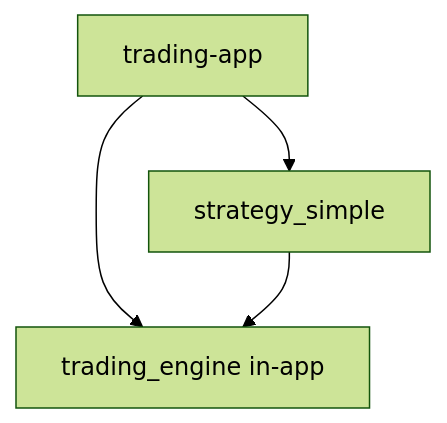
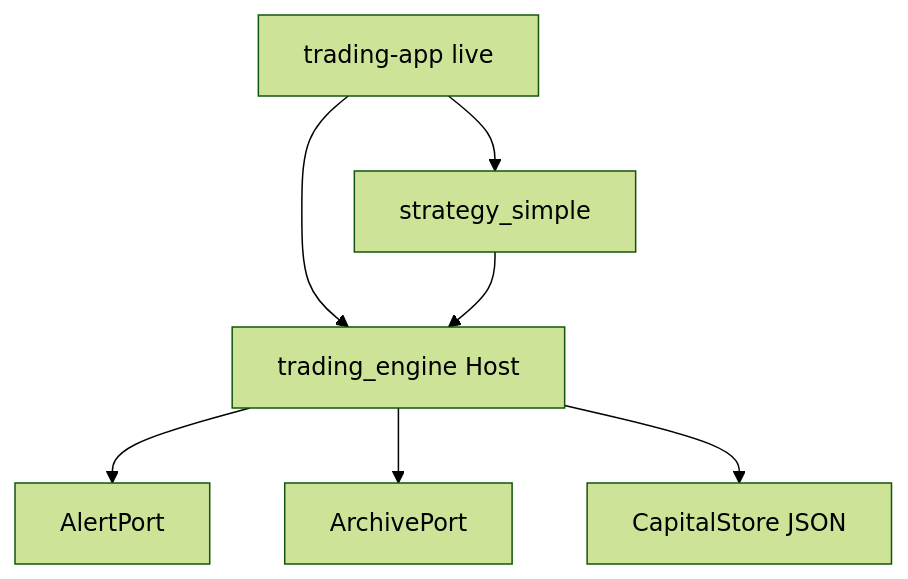
The diagram in apps/trading-app/SPEC.md (timhwchuang/tfx-trading), drawn with Mermaid (forest theme) before and after one commit. The commit also changed other lines of this file and 24 other files, not shown here.

First line of the commit message:
feat(trading-app): Phase A progressive MDD capital risk + host audit cleanup

````diff
--- a/apps/trading-app/SPEC.md
+++ b/apps/trading-app/SPEC.md
@@ -8,10 +37,16 @@
 ```mermaid
 flowchart TD
-  APP[trading-app]
-  TE[trading_engine in-app]
+  APP[trading-app live]
+  TE[trading_engine Host]
   SS[strategy_simple]
+  ALERT[AlertPort]
+  ARCH[ArchivePort]
+  CAP[CapitalStore JSON]
 
   APP --> TE
   APP --> SS
   SS --> TE
+  TE --> ALERT
+  TE --> ARCH
+  TE --> CAP
 ```
````
